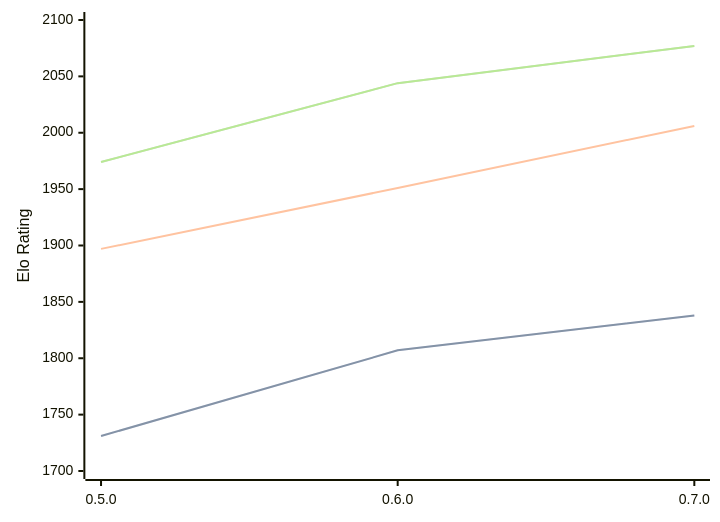
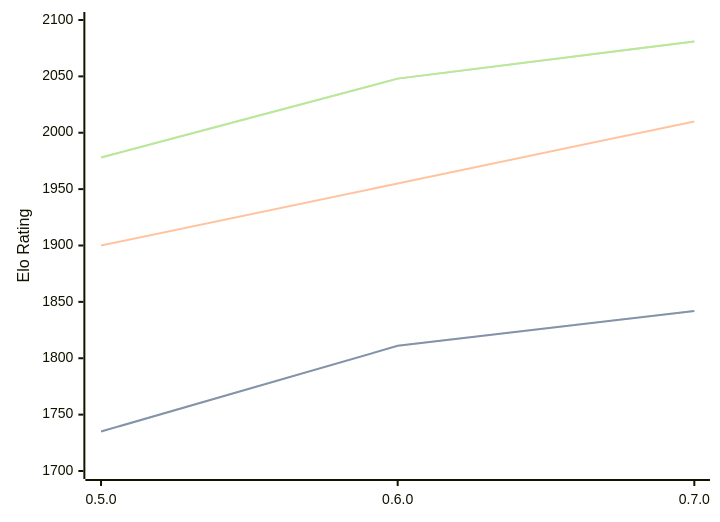
Before and after one commit to computer-chess-index/cci: the diagram in engines/Chess-rs.md, drawn with Mermaid. The commit also changed other lines of this file, not shown here.

Commit message:
Update CCI Ratings (ELO VLTC) - 2026-02-24

````diff
--- a/engines/Chess-rs.md
+++ b/engines/Chess-rs.md
@@ -38,11 +38,11 @@
 ```mermaid
 %%{init: {"theme":"base","themeVariables":{"seriesColors:['#a3a3a3','#222221','#faa371']}}}%%
 xychart-beta
   x-axis ["0.5.0", "0.6.0", "0.7.0"]
   y-axis "Elo Rating" 1700 --> 2100
-  line "STC (8.0+0.08s)" [1731, 1807, 1838]
-  line "STC (8.0+0.08s)" [1731, 1807, 1838]
-  line "LTC (60.0+0.60s)" [1897, 1951, 2006]
-  line "VLTC (2m24s+1.12s)" [1974, 2044, 2077]
-  line "VLTC (2m24s+1.12s)" [1974, 2044, 2077]
+  line "STC (8.0+0.08s)" [1735, 1811, 1842]
+  line "STC (8.0+0.08s)" [1735, 1811, 1842]
+  line "LTC (60.0+0.60s)" [1900, 1955, 2010]
+  line "VLTC (2m24s+1.12s)" [1978, 2048, 2081]
+  line "VLTC (2m24s+1.12s)" [1978, 2048, 2081]
 ```
````
